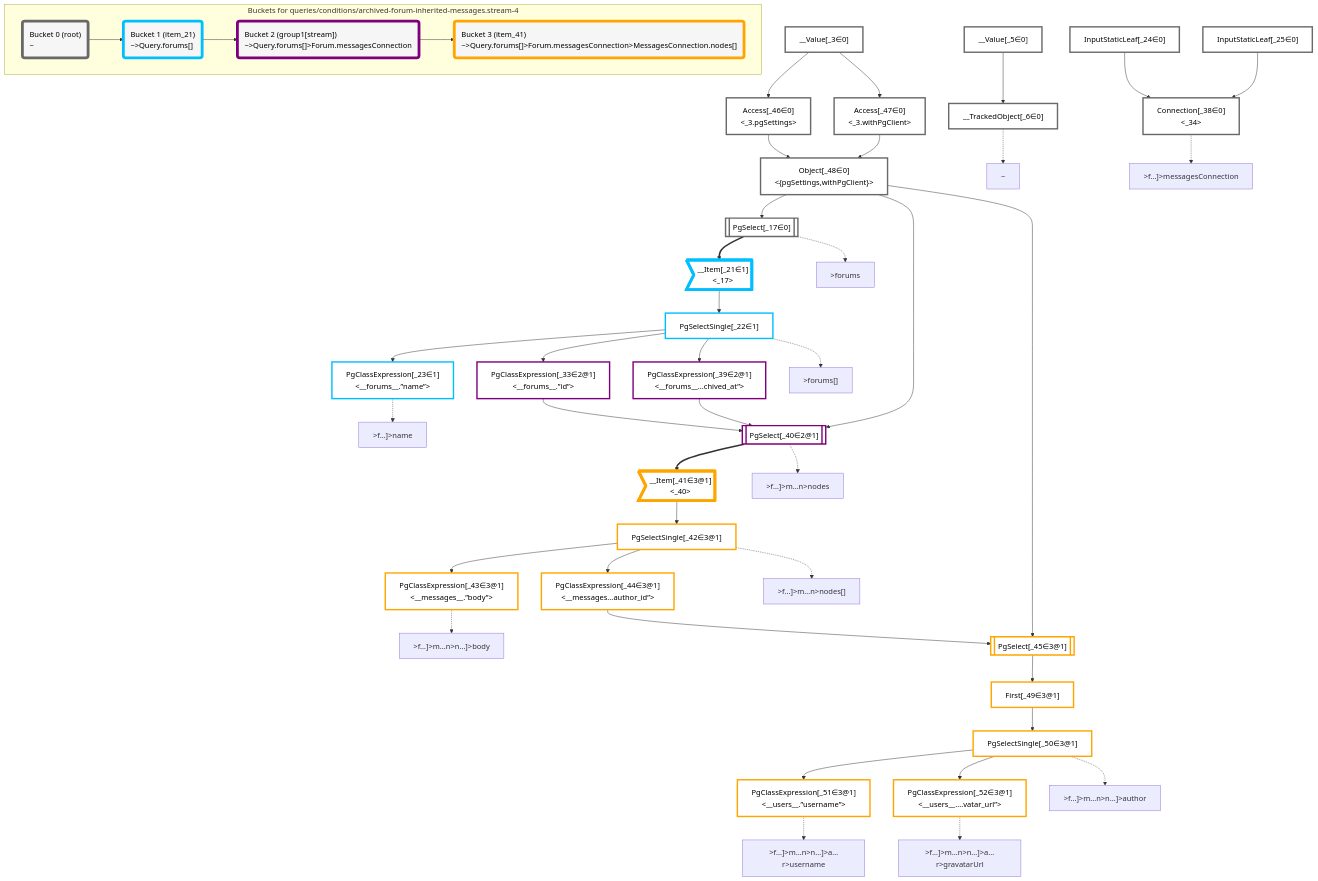
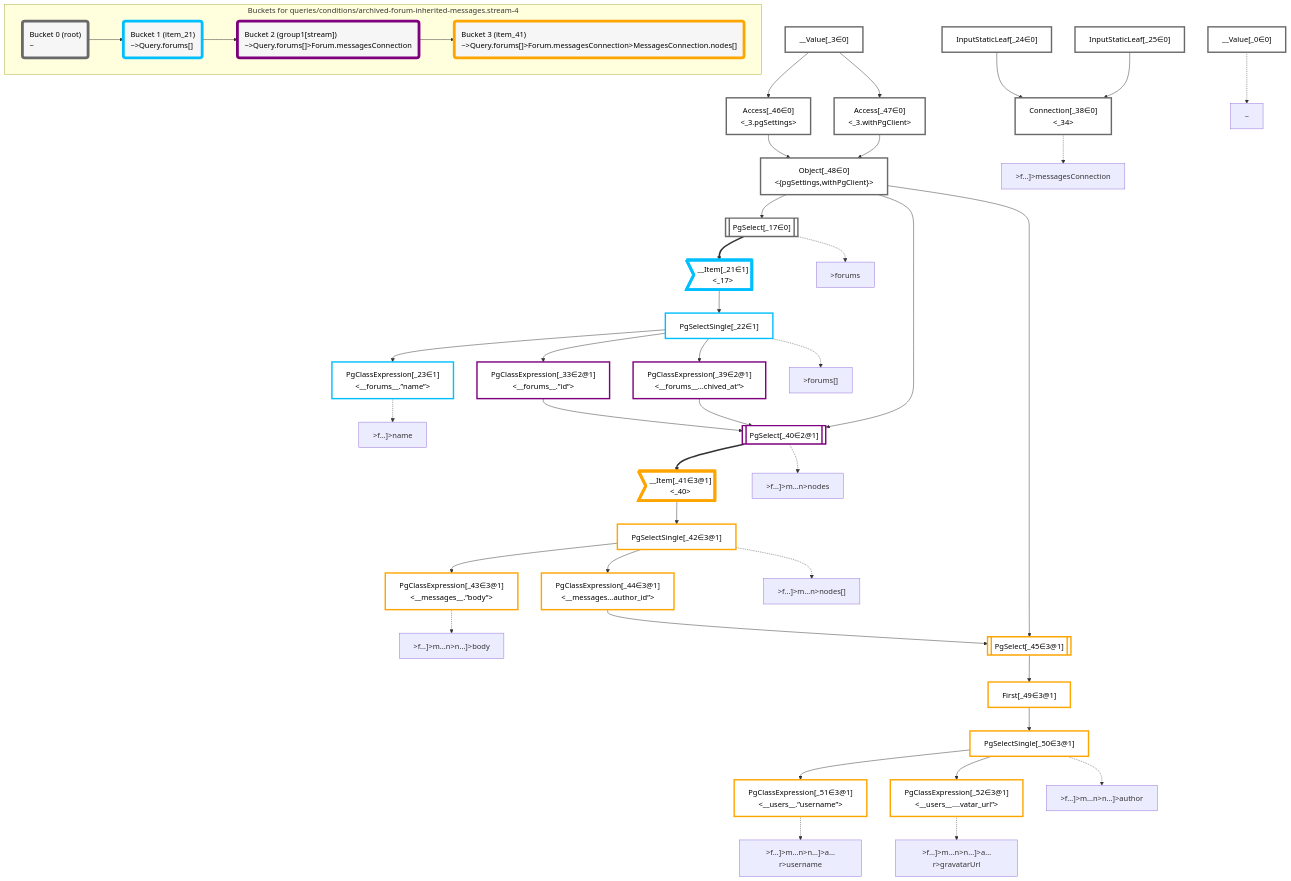
One commit to graphile/crystal changed the diagram in packages/dataplan-pg/__tests__/queries/conditions/archived-forum-inherited-messages.stream-4.deopt.mermaid.md. Above: the diagram before and after it, drawn with Mermaid. The commit also changed 193 other files, not shown here.

Commit message:
Update test plan snapshots with new root plan

```diff
--- a/packages/dataplan-pg/__tests__/queries/conditions/archived-forum-inherited-messages.stream-4.deopt.mermaid.md
+++ b/packages/dataplan-pg/__tests__/queries/conditions/archived-forum-inherited-messages.stream-4.deopt.mermaid.md
@@ -8,9 +8,8 @@
 
 
     %% define plans
+    __Value_0["__Value[_0∈0]"]:::plan
     __Value_3["__Value[_3∈0]<br /><context>"]:::plan
-    __Value_5["__Value[_5∈0]<br /><rootValue>"]:::plan
-    __TrackedObject_6["__TrackedObject[_6∈0]"]:::plan
     PgSelect_17[["PgSelect[_17∈0]<br /><forums>"]]:::plan
     __Item_21>"__Item[_21∈1]<br /><_17>"]:::itemplan
     PgSelectSingle_22["PgSelectSingle[_22∈1]<br /><forums>"]:::plan
@@ -35,7 +34,6 @@
     PgClassExpression_52["PgClassExpression[_52∈3@1]<br /><__users__....vatar_url”>"]:::plan
 
     %% plan dependencies
-    __Value_5 --> __TrackedObject_6
     Object_48 --> PgSelect_17
     PgSelect_17 ==> __Item_21
     __Item_21 --> PgSelectSingle_22
@@ -63,8 +61,8 @@
     PgSelectSingle_50 --> PgClassExpression_52
 
     %% plan-to-path relationships
-    P_6["~"]
-    __TrackedObject_6 -.-> P_6
+    P_0["~"]
+    __Value_0 -.-> P_0
     P_17[">forums"]
     PgSelect_17 -.-> P_17
     P_22[">forums[]"]
@@ -88,7 +86,7 @@
 
     %% allocate buckets
     classDef bucket0 stroke:#696969
-    class __Value_3,__Value_5,__TrackedObject_6,PgSelect_17,InputStaticLeaf_24,InputStaticLeaf_25,Connection_38,Access_46,Access_47,Object_48 bucket0
+    class __Value_0,__Value_3,PgSelect_17,InputStaticLeaf_24,InputStaticLeaf_25,Connection_38,Access_46,Access_47,Object_48 bucket0
     classDef bucket1 stroke:#00bfff
     class __Item_21,PgSelectSingle_22,PgClassExpression_23 bucket1
     classDef bucket2 stroke:#7f007f
```
